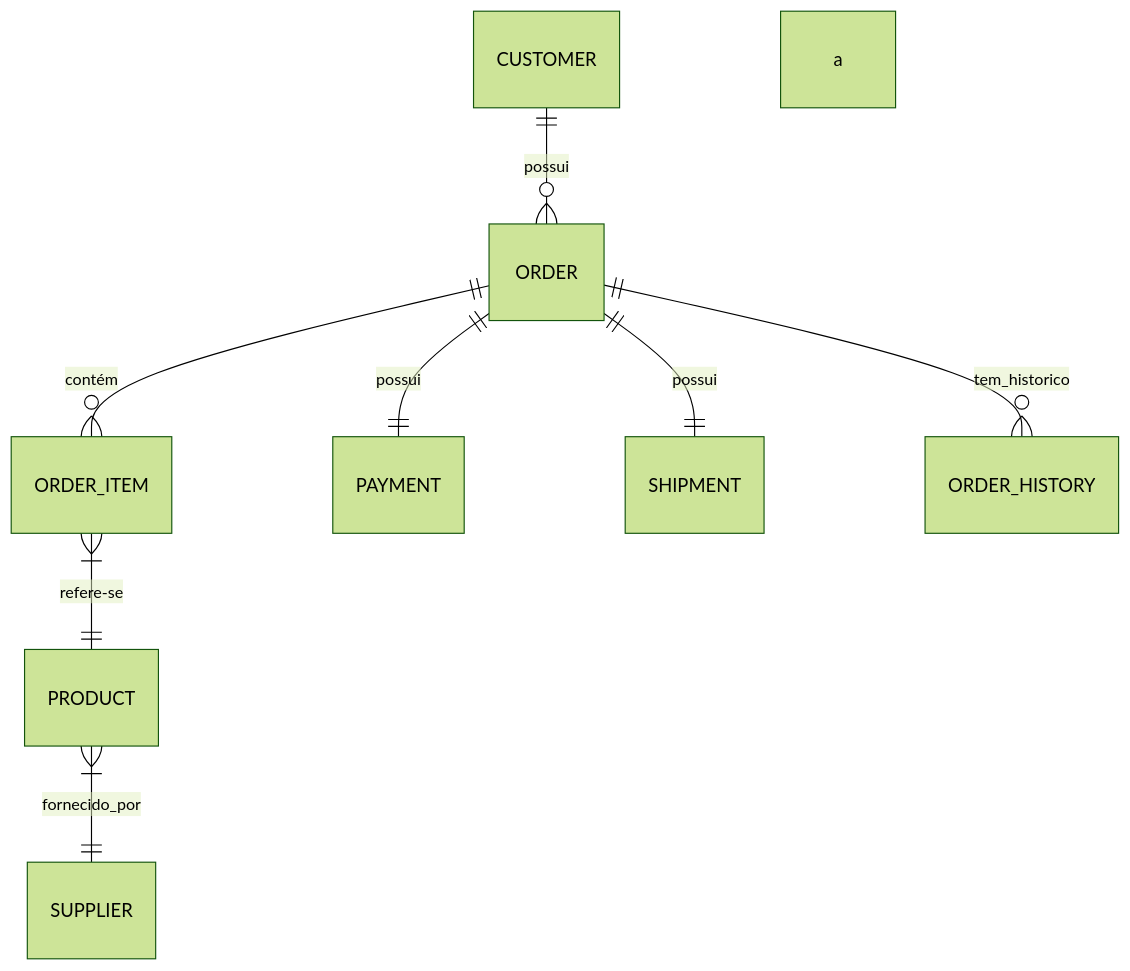
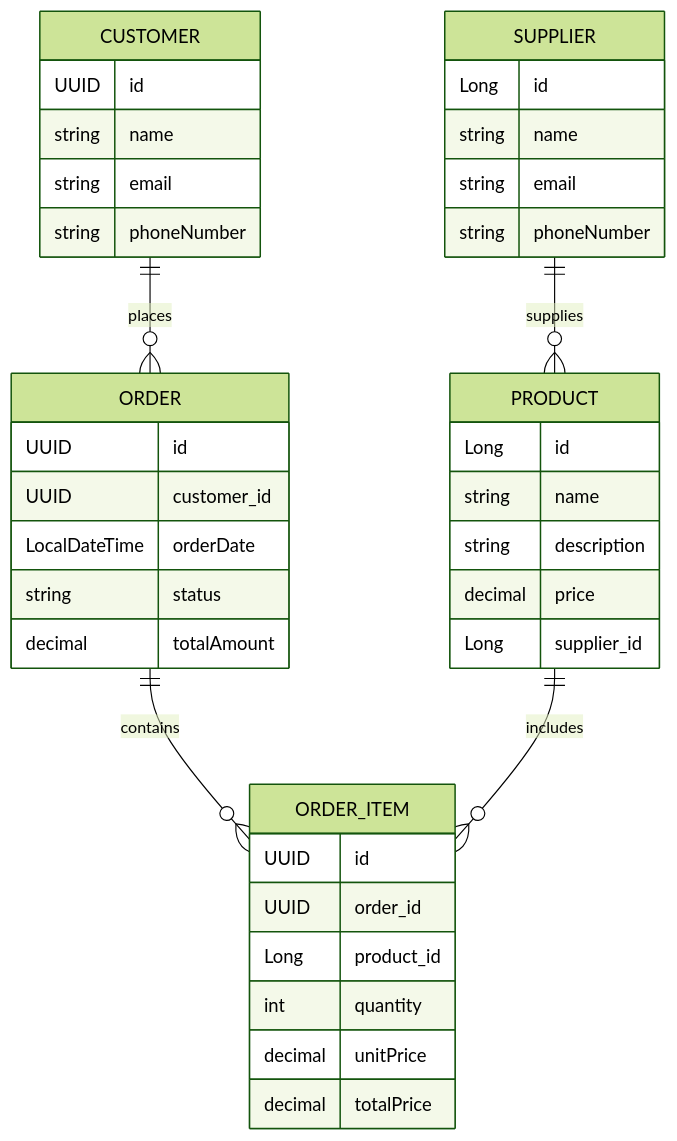
The diagram in README.md (guimaraes/ordermanager), drawn with Mermaid (forest theme) before and after one commit. The commit also changed other lines of this file, not shown here.

````diff
--- a/README.md
+++ b/README.md
@@ -108,10 +140,42 @@
 ```mermaid
 erDiagram
-    CUSTOMER ||--o{ ORDER : possui
-    ORDER ||--o{ ORDER_ITEM : contém
-    ORDER_ITEM }|--|| PRODUCT : refere-se a
-    PRODUCT }|--|| SUPPLIER : fornecido_por
-    ORDER ||--|| PAYMENT : possui
-    ORDER ||--|| SHIPMENT : possui
-    ORDER ||--o{ ORDER_HISTORY : tem_historico
+    CUSTOMER {
+        UUID id
+        string name
+        string email
+        string phoneNumber
+    }
+    ORDER {
+        UUID id
+        UUID customer_id
+        LocalDateTime orderDate
+        string status
+        decimal totalAmount
+    }
+    PRODUCT {
+        Long id
+        string name
+        string description
+        decimal price
+        Long supplier_id
+    }
+    ORDER_ITEM {
+        UUID id
+        UUID order_id
+        Long product_id
+        int quantity
+        decimal unitPrice
+        decimal totalPrice
+    }
+    SUPPLIER {
+        Long id
+        string name
+        string email
+        string phoneNumber
+    }
+
+    CUSTOMER ||--o{ ORDER : places
+    ORDER ||--o{ ORDER_ITEM : contains
+    PRODUCT ||--o{ ORDER_ITEM : includes
+    SUPPLIER ||--o{ PRODUCT : supplies
 ```
````
